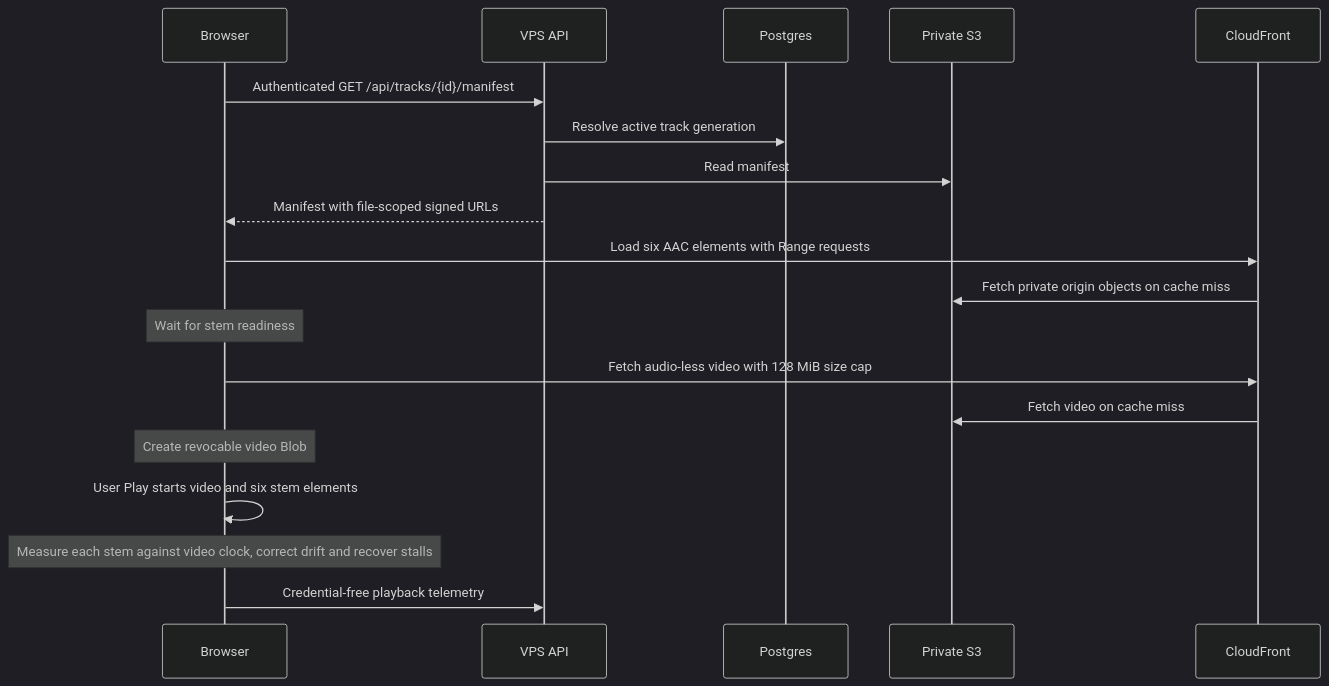
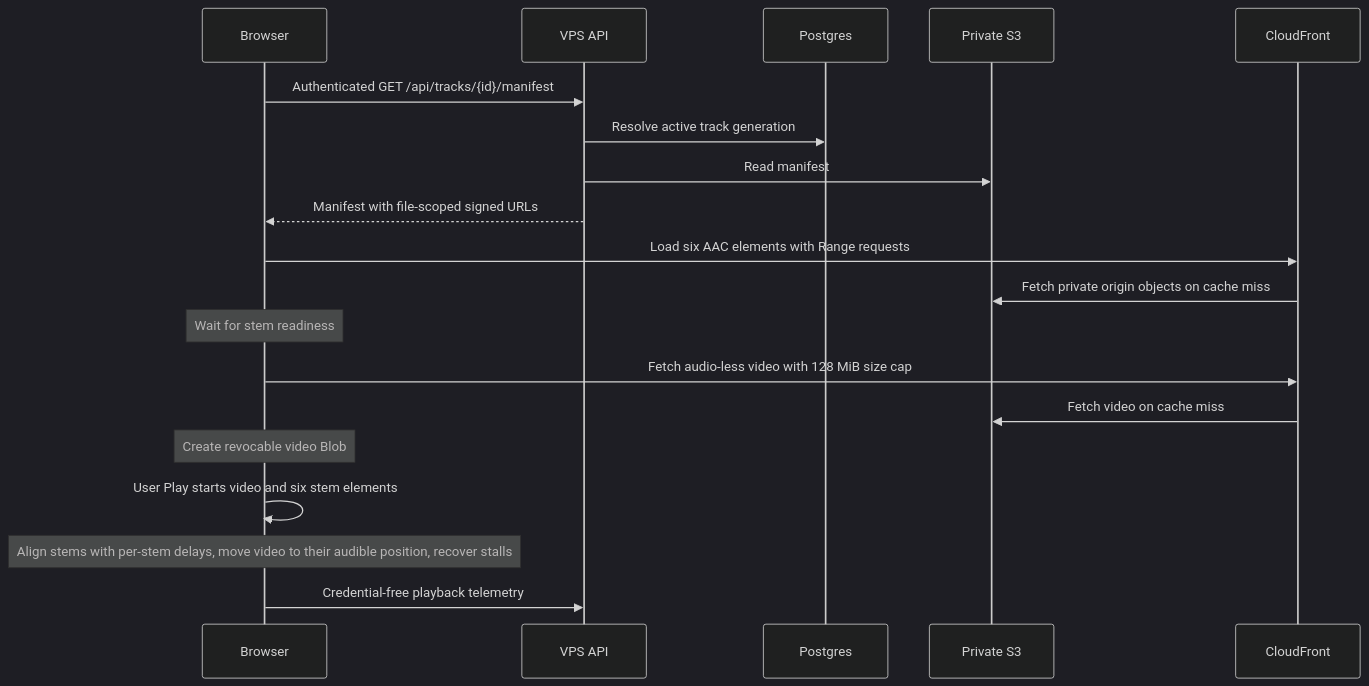
Before and after one commit to mdc159/shizzle: the fourth of 5 diagrams in docs/architecture.md, drawn with Mermaid (dark theme). The commit also changed other lines of this file and 44 other files, not shown here.

````diff
--- a/docs/architecture.md
+++ b/docs/architecture.md
@@ -187,21 +187,21 @@
 ```mermaid
 sequenceDiagram
     participant B as Browser
     participant A as VPS API
     participant D as Postgres
     participant S as Private S3
     participant C as CloudFront
     B->>A: Authenticated GET /api/tracks/{id}/manifest
     A->>D: Resolve active track generation
     A->>S: Read manifest
     A-->>B: Manifest with file-scoped signed URLs
     B->>C: Load six AAC elements with Range requests
     C->>S: Fetch private origin objects on cache miss
     Note over B: Wait for stem readiness
     B->>C: Fetch audio-less video with 128 MiB size cap
     C->>S: Fetch video on cache miss
     Note over B: Create revocable video Blob
     B->>B: User Play starts video and six stem elements
-    Note over B: Measure each stem against video clock, correct drift and recover stalls
+    Note over B: Align stems with per-stem delays, move video to their audible position, recover stalls
     B->>A: Credential-free playback telemetry
 ```
````
